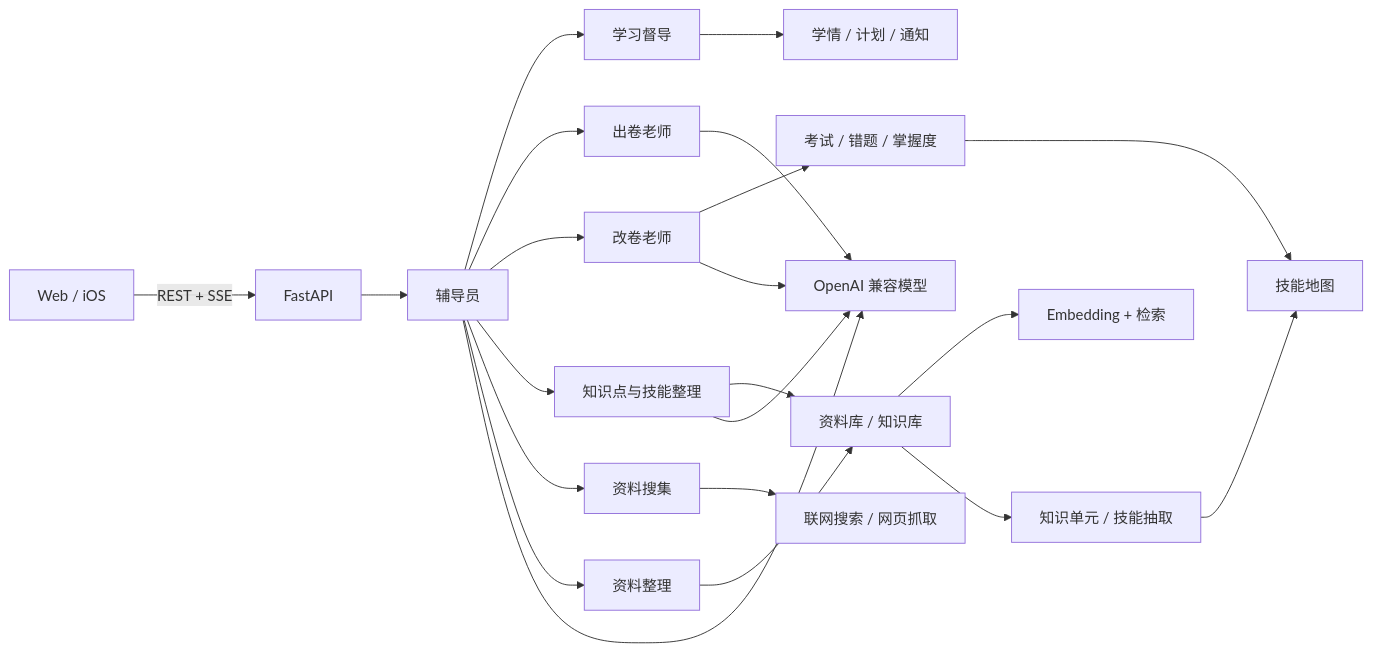
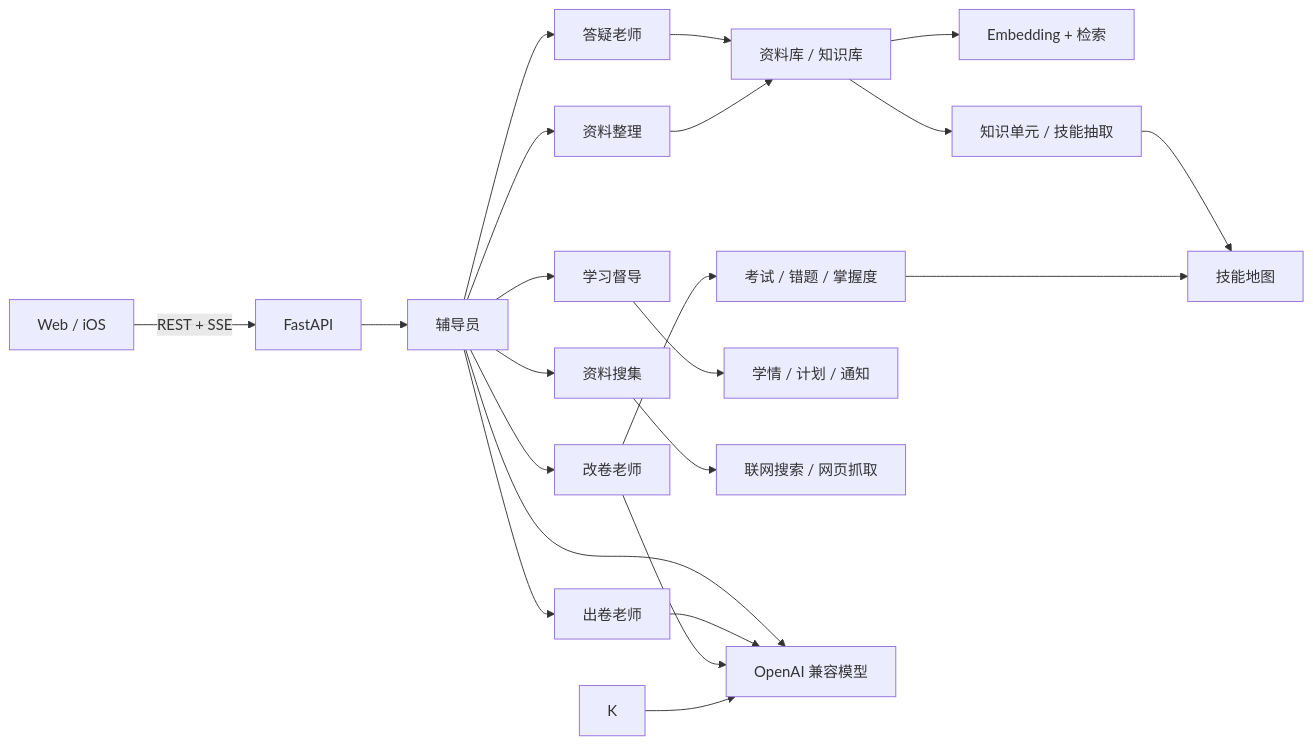
The diagram in README.md (yijiejiang/kaogong-school), drawn with Mermaid before and after one commit. The commit also changed other lines of this file and 17 other files, not shown here.

````diff
--- a/README.md
+++ b/README.md
@@ -176,27 +176,27 @@
 ```mermaid
 flowchart LR
     U[Web / iOS] -->|REST + SSE| API[FastAPI]
     API --> C[辅导员]
     C --> S[学习督导]
     C --> E[出卷老师]
     C --> G[改卷老师]
-    C --> K[知识点与技能整理]
+    C --> T[答疑老师]
     C --> R[资料搜集]
     C --> O[资料整理]
 
-    K --> LIB[资料库 / 知识库]
+    T --> LIB[资料库 / 知识库]
     G --> EX[考试 / 错题 / 掌握度]
     S --> AN[学情 / 计划 / 通知]
     R --> WS[联网搜索 / 网页抓取]
     O --> LIB
 
     LIB --> EMB[Embedding + 检索]
     LIB --> EXT[知识单元 / 技能抽取]
     EXT --> SK[技能地图]
     EX --> SK
 
     C --> LLM[OpenAI 兼容模型]
     E --> LLM
     G --> LLM
     K --> LLM
 ```
````
